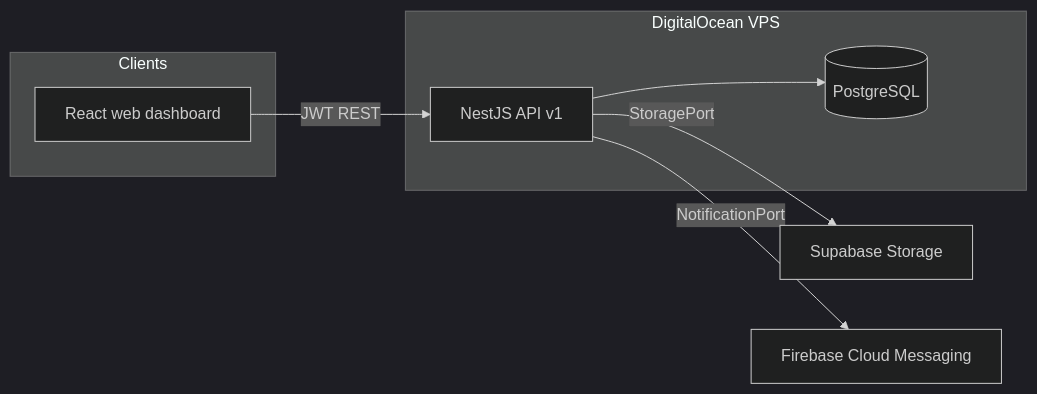
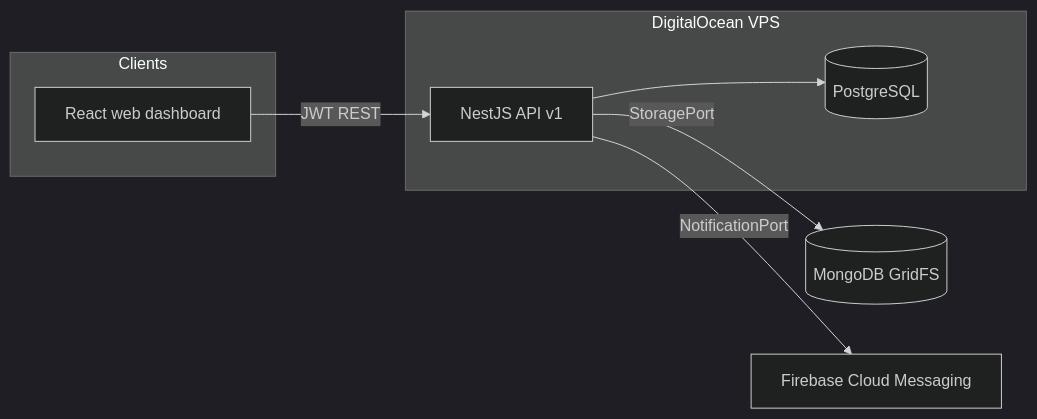
One commit to manish3321/Livestock changed the diagram in docs/architecture.md. Above: the diagram before and after it, drawn with Mermaid (dark theme). The commit also changed other lines of this file and 22 other files, not shown here.

````diff
--- a/docs/architecture.md
+++ b/docs/architecture.md
@@ -5,17 +5,17 @@
 ```mermaid
 flowchart LR
   subgraph clients [Clients]
     web[React web dashboard]
   end
   subgraph server [DigitalOcean VPS]
     api[NestJS API v1]
     pg[(PostgreSQL)]
   end
-  storage[Supabase Storage]
+  storage[(MongoDB GridFS)]
   fcm[Firebase Cloud Messaging]
 
   web -->|"JWT REST"| api
   api --> pg
   api -->|"StoragePort"| storage
   api -->|"NotificationPort"| fcm
 ```
````
